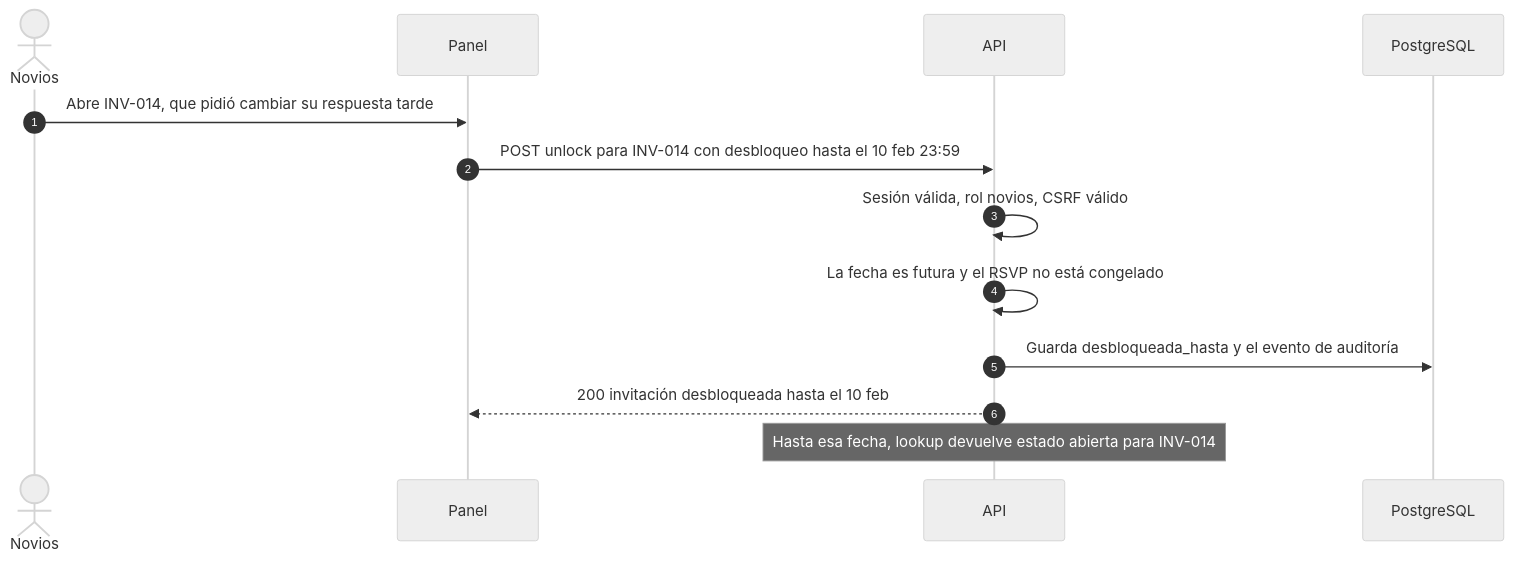
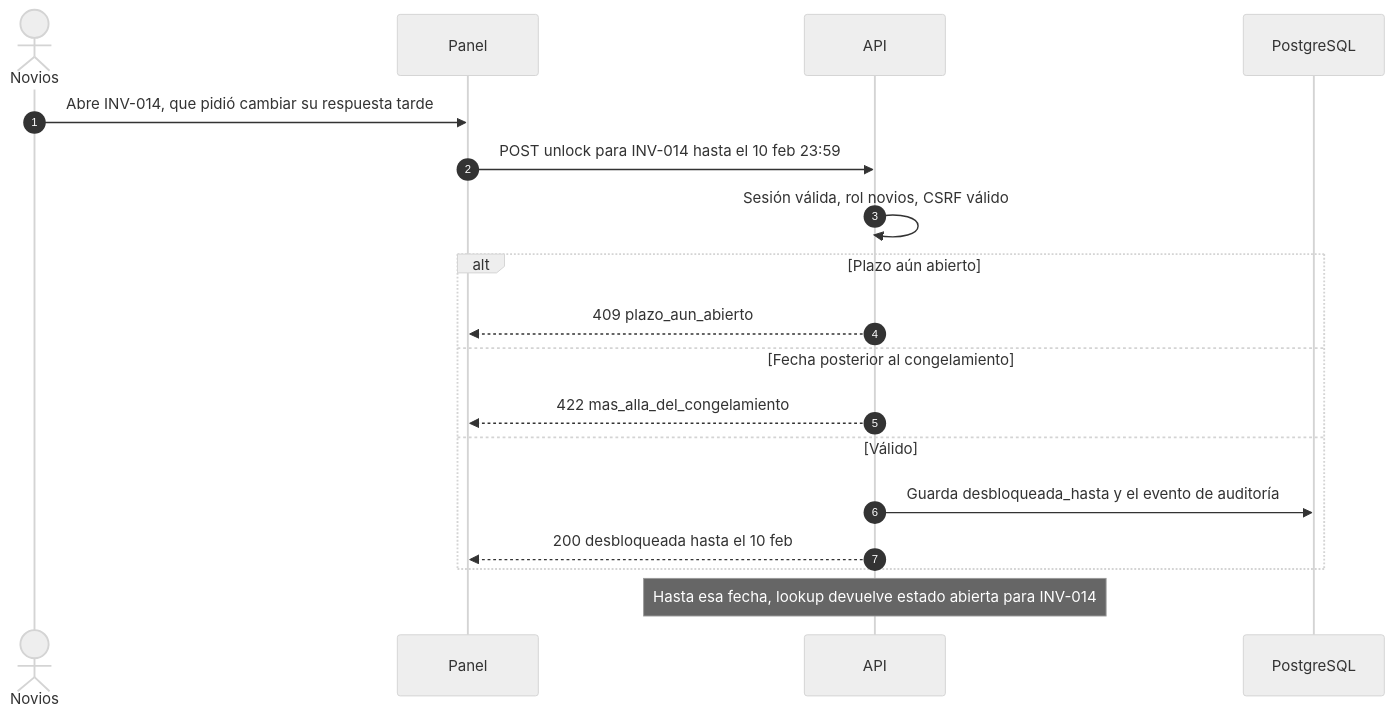
One commit to Mayra-ux/ma-wedding changed the first of 6 diagrams in docs/architecture/04-flujos-admin.md. Above: the diagram before and after it, drawn with Mermaid (neutral theme). The commit also changed other lines of this file and 26 other files, not shown here.

````diff
--- a/docs/architecture/04-flujos-admin.md
+++ b/docs/architecture/04-flujos-admin.md
@@ -7,16 +7,21 @@
 ```mermaid
 sequenceDiagram
   autonumber
   actor N as Novios
   participant P as Panel
   participant A as API
   participant D as PostgreSQL
 
   N->>P: Abre INV-014, que pidió cambiar su respuesta tarde
-  P->>A: POST unlock para INV-014 con desbloqueo hasta el 10 feb 23:59
+  P->>A: POST unlock para INV-014 hasta el 10 feb 23:59
   A->>A: Sesión válida, rol novios, CSRF válido
-  A->>A: La fecha es futura y el RSVP no está congelado
-  A->>D: Guarda desbloqueada_hasta y el evento de auditoría
-  A-->>P: 200 invitación desbloqueada hasta el 10 feb
+  alt Plazo aún abierto
+    A-->>P: 409 plazo_aun_abierto
+  else Fecha posterior al congelamiento
+    A-->>P: 422 mas_alla_del_congelamiento
+  else Válido
+    A->>D: Guarda desbloqueada_hasta y el evento de auditoría
+    A-->>P: 200 desbloqueada hasta el 10 feb
+  end
   Note over A: Hasta esa fecha, lookup devuelve estado abierta para INV-014
 ```
````
